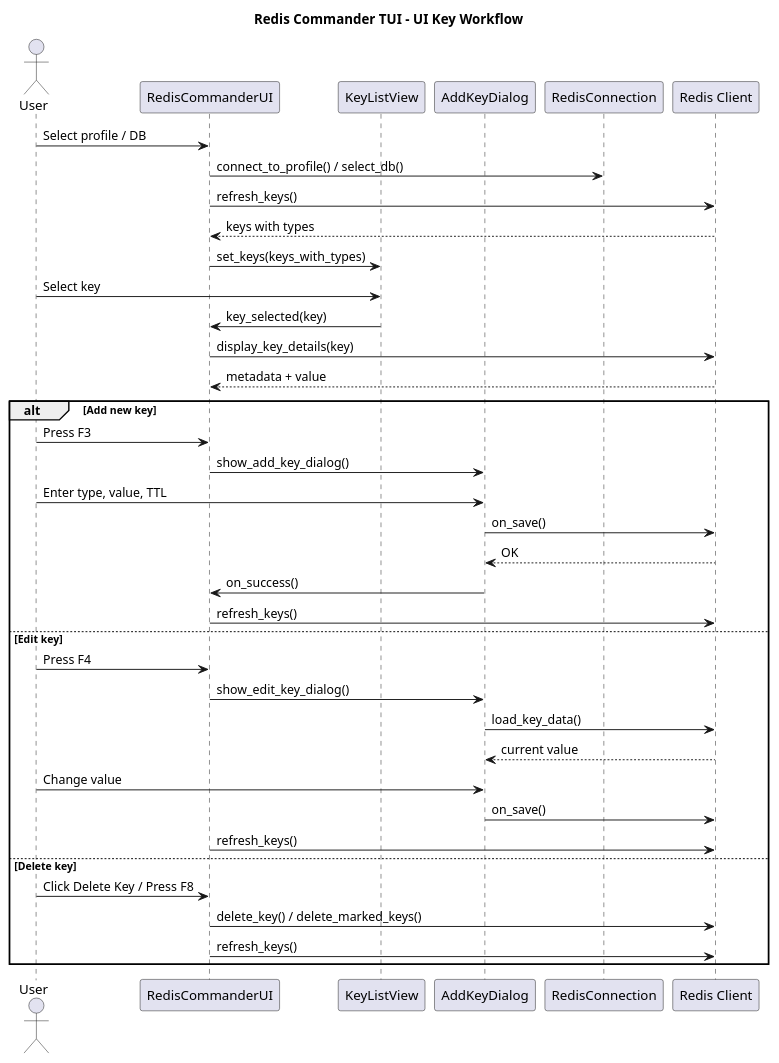
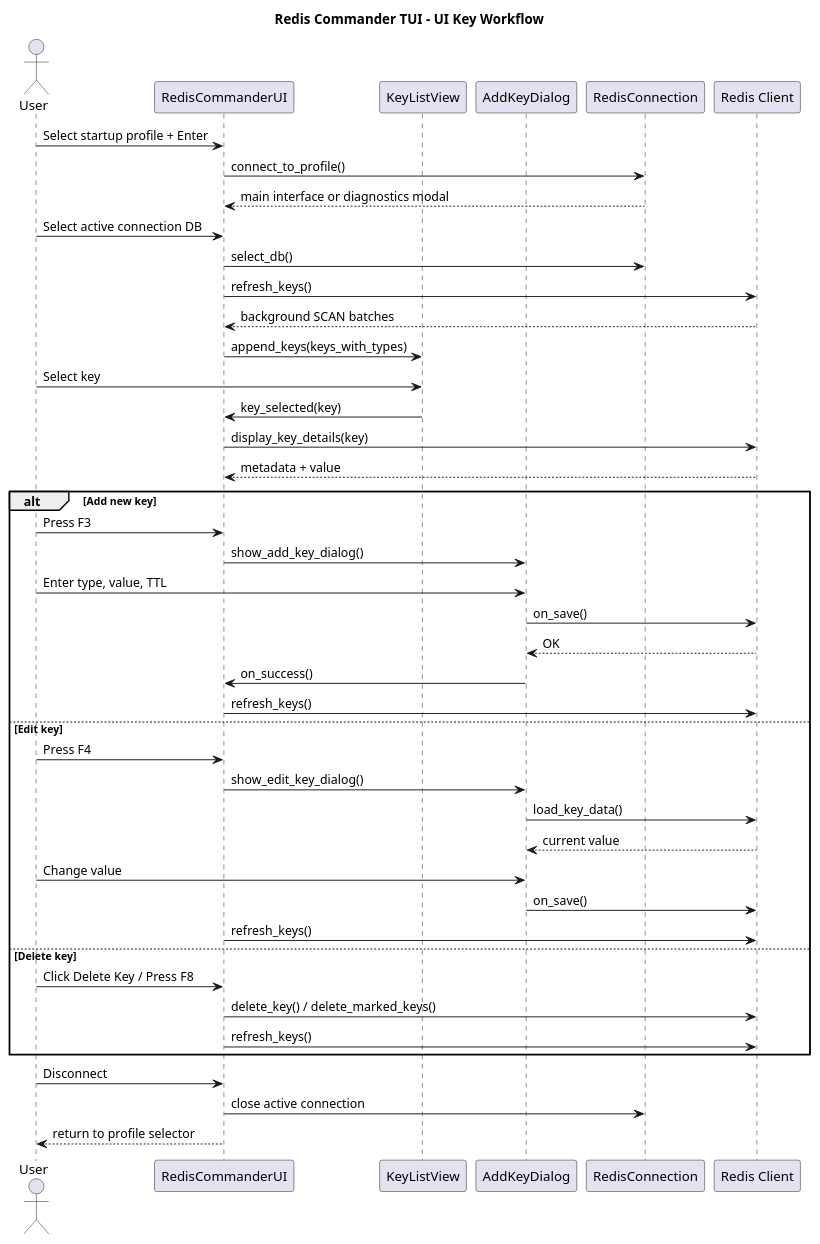
One commit to dtarasov7/redis-commander changed the diagram in diagramms/ui-key-workflow.puml. Above: the diagram before and after it, drawn with PlantUML. The commit also changed 33 other files, not shown here.

```diff
--- a/diagramms/ui-key-workflow.puml
+++ b/diagramms/ui-key-workflow.puml
@@ -1,44 +1,51 @@
 @startuml
 title Redis Commander TUI - UI Key Workflow
 
 actor User
 participant "RedisCommanderUI" as UI
 participant "KeyListView" as KeyList
 participant "AddKeyDialog" as Dialog
 participant "RedisConnection" as Conn
 participant "Redis Client" as Redis
 
-User -> UI: Select profile / DB
-UI -> Conn: connect_to_profile() / select_db()
+User -> UI: Select startup profile + Enter
+UI -> Conn: connect_to_profile()
+Conn --> UI: main interface or diagnostics modal
+User -> UI: Select active connection DB
+UI -> Conn: select_db()
 UI -> Redis: refresh_keys()
-Redis --> UI: keys with types
-UI -> KeyList: set_keys(keys_with_types)
+Redis --> UI: background SCAN batches
+UI -> KeyList: append_keys(keys_with_types)
 
 User -> KeyList: Select key
 KeyList -> UI: key_selected(key)
 UI -> Redis: display_key_details(key)
 Redis --> UI: metadata + value
 
 alt Add new key
   User -> UI: Press F3
   UI -> Dialog: show_add_key_dialog()
   User -> Dialog: Enter type, value, TTL
   Dialog -> Redis: on_save()
   Redis --> Dialog: OK
   Dialog -> UI: on_success()
   UI -> Redis: refresh_keys()
 else Edit key
   User -> UI: Press F4
   UI -> Dialog: show_edit_key_dialog()
   Dialog -> Redis: load_key_data()
   Redis --> Dialog: current value
   User -> Dialog: Change value
   Dialog -> Redis: on_save()
   UI -> Redis: refresh_keys()
 else Delete key
   User -> UI: Click Delete Key / Press F8
   UI -> Redis: delete_key() / delete_marked_keys()
   UI -> Redis: refresh_keys()
 end
 
+User -> UI: Disconnect
+UI -> Conn: close active connection
+UI --> User: return to profile selector
+
 @enduml
```
